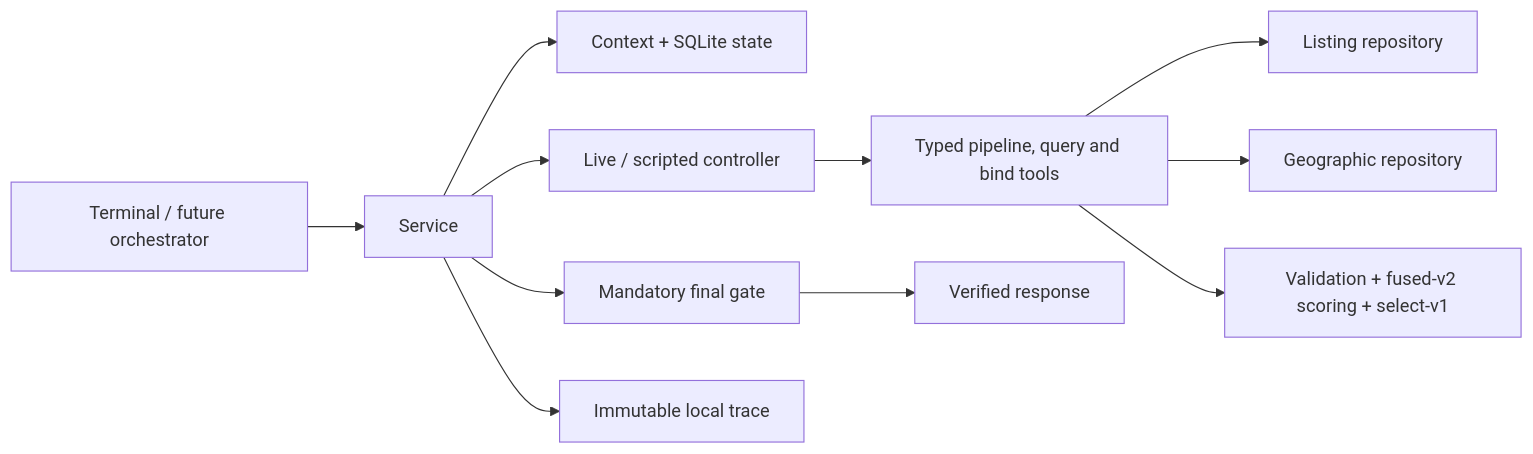
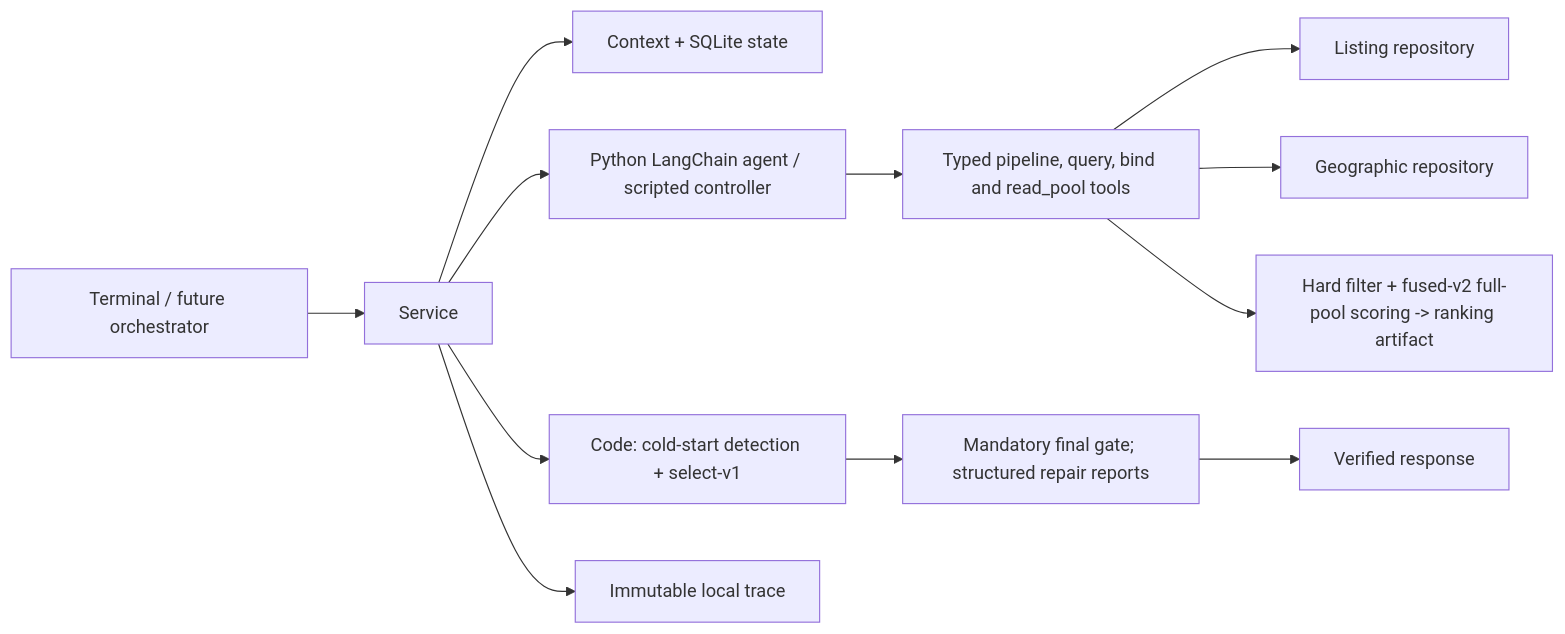
The diagram in recommendation/README.md (zhexusun10/Multi-Agent-Assistance-System), drawn with Mermaid before and after one commit. The commit also changed other lines of this file and 45 other files, not shown here.

````diff
--- a/recommendation/README.md
+++ b/recommendation/README.md
@@ -104,13 +107,14 @@
 ```mermaid
 flowchart LR
   Caller[Terminal / future orchestrator] --> Service
   Service --> Context[Context + SQLite state]
-  Service --> Controller[Live / scripted controller]
-  Controller --> Tools[Typed pipeline, query and bind tools]
+  Service --> Controller[Python LangChain agent / scripted controller]
+  Controller --> Tools[Typed pipeline, query, bind and read_pool tools]
   Tools --> SQL[Listing repository]
   Tools --> KG[Geographic repository]
-  Tools --> Rules[Validation + fused-v2 scoring + select-v1]
-  Service --> Gate[Mandatory final gate]
+  Tools --> Rank[Hard filter + fused-v2 full-pool scoring -> ranking artifact]
+  Service --> Select[Code: cold-start detection + select-v1]
+  Select --> Gate[Mandatory final gate; structured repair reports]
   Gate --> Response[Verified response]
   Service --> Trace[Immutable local trace]
 ```
````
